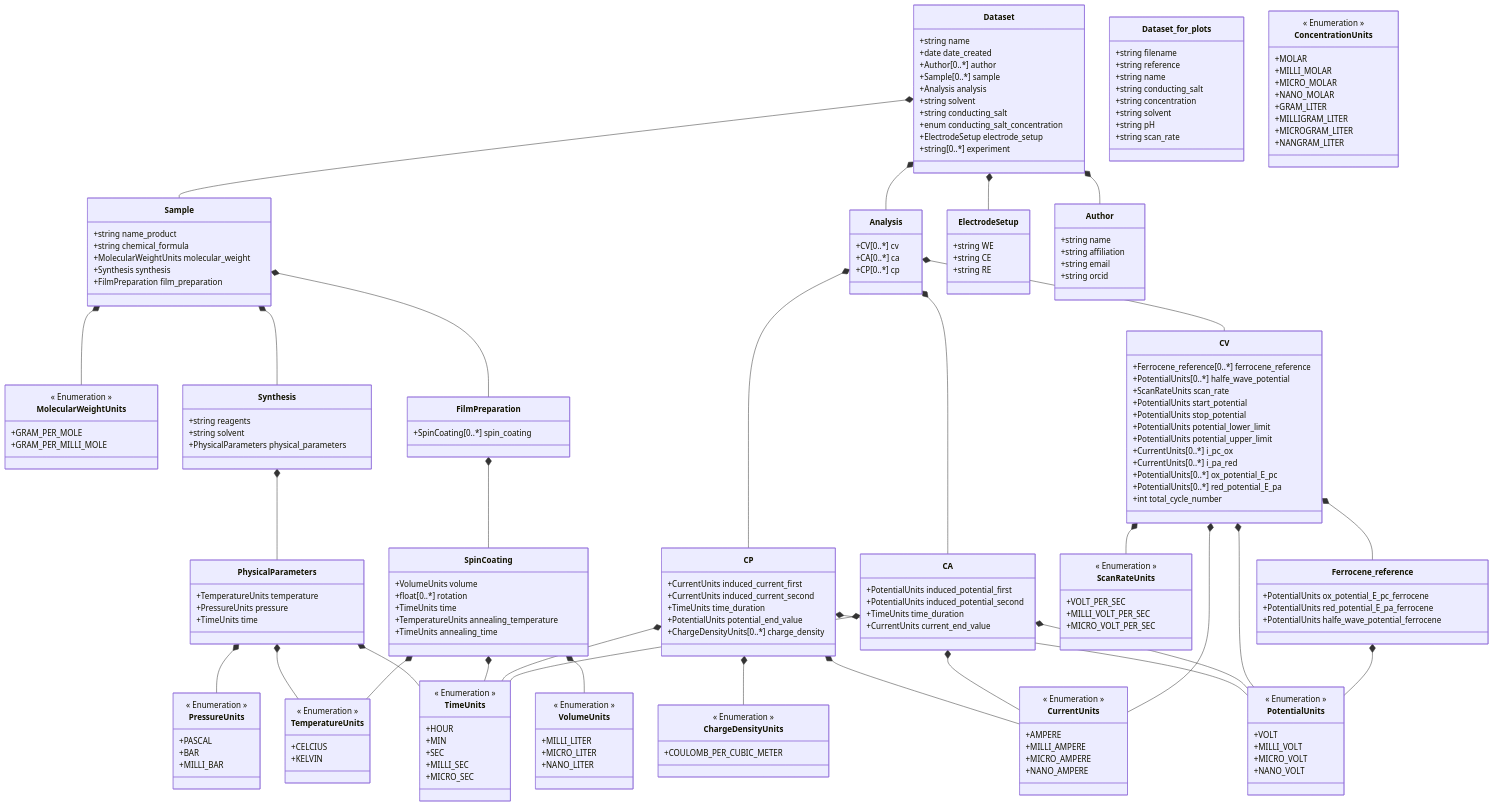
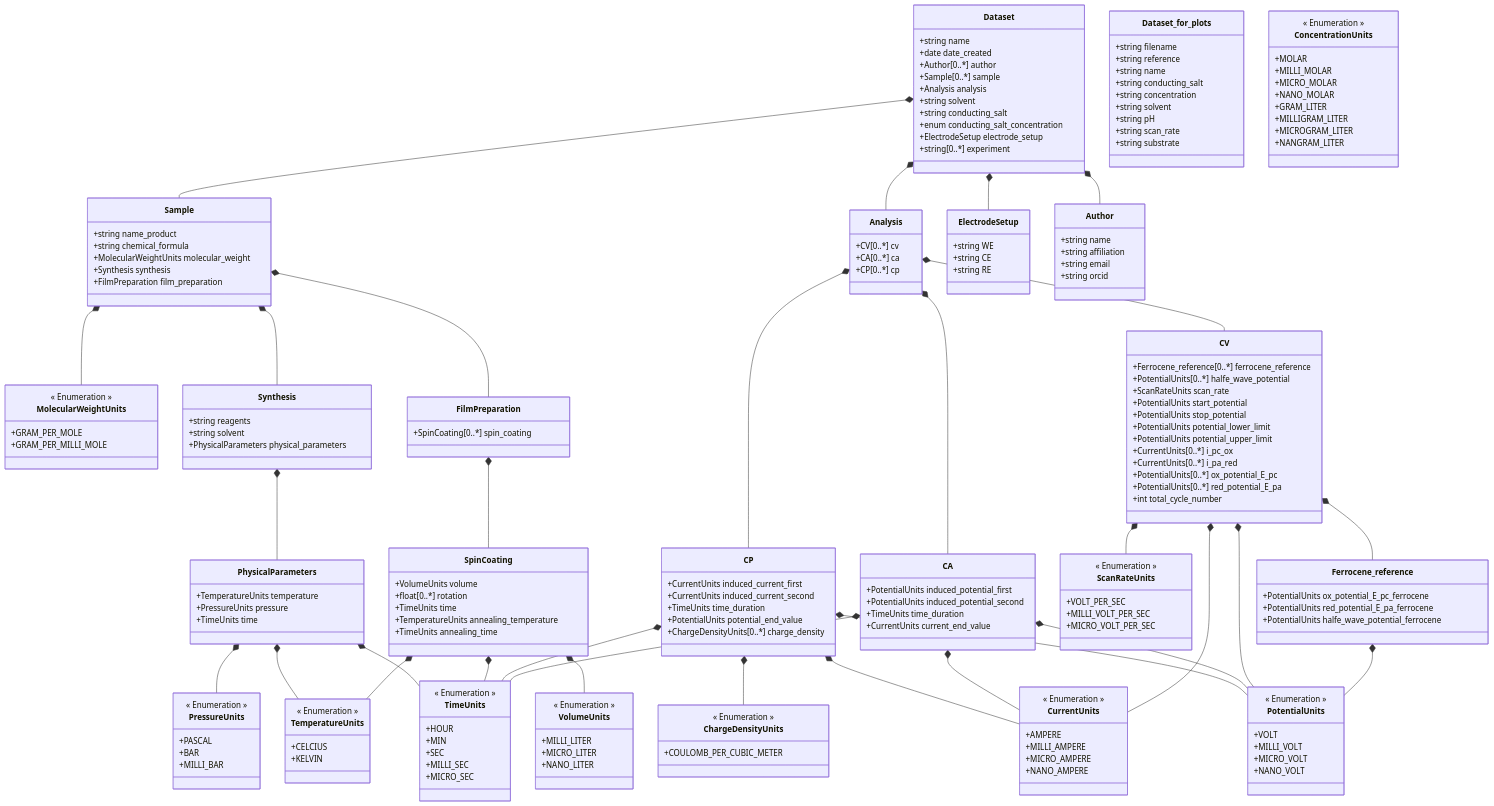
The diagram in ElectrochemistryDataModel/schemes/electrochemistrydatamodel_schema.md (FAIRChemistry/datamodel-electrochemistry), drawn with Mermaid before and after one commit. The commit also changed 15 other files, not shown here.

```diff
--- a/ElectrochemistryDataModel/schemes/electrochemistrydatamodel_schema.md
+++ b/ElectrochemistryDataModel/schemes/electrochemistrydatamodel_schema.md
@@ -91,6 +91,7 @@
         +string solvent
         +string pH
         +string scan_rate
+        +string substrate
     }
     
     class CP {
```
